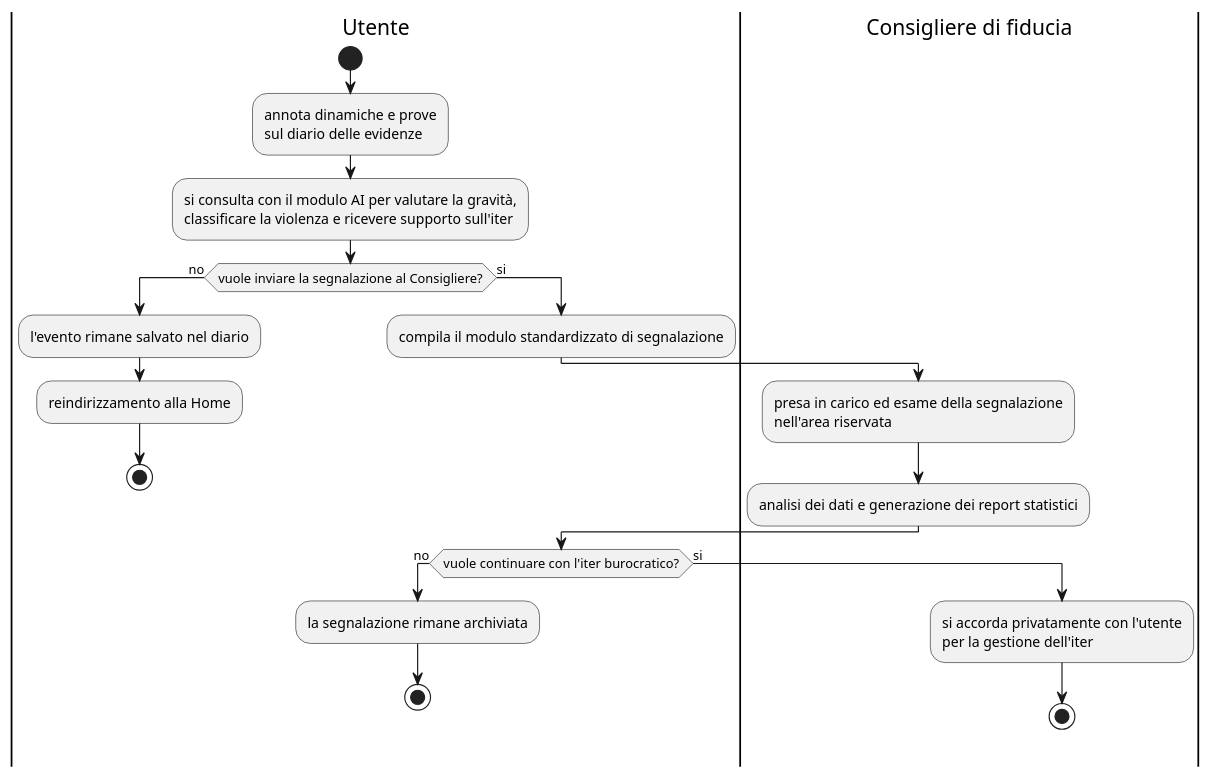
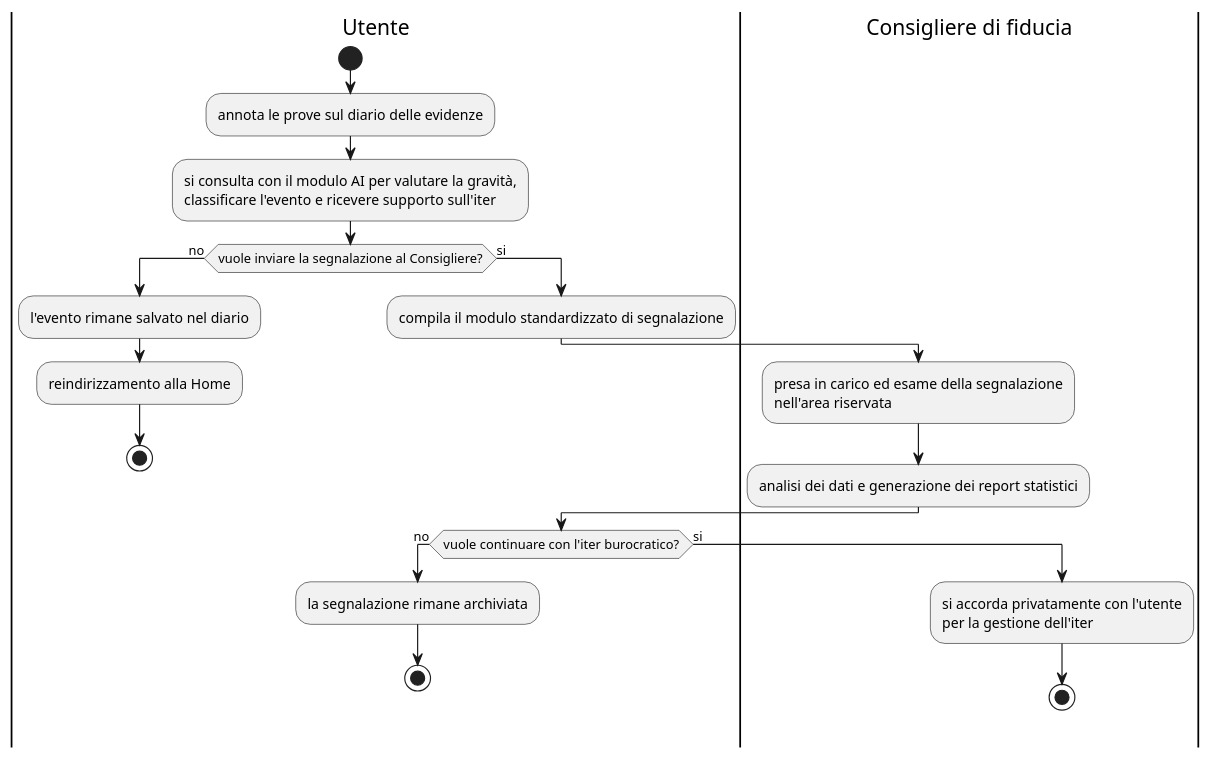
Before and after one commit to pharos-oss/pharos: the diagram in docs/models/activities/AD_02_Sistema_Proposto.puml, drawn with PlantUML. The commit also changed 15 other files, not shown here.

```diff
--- a/docs/models/activities/AD_02_Sistema_Proposto.puml
+++ b/docs/models/activities/AD_02_Sistema_Proposto.puml
@@ -1,25 +1,25 @@
 @startuml
 |Utente|
 start
-:annota dinamiche e prove\nsul diario delle evidenze;
-:si consulta con il modulo AI per valutare la gravità,\nclassificare la violenza e ricevere supporto sull'iter;
+:annota le prove sul diario delle evidenze;
+:si consulta con il modulo AI per valutare la gravità,\nclassificare l'evento e ricevere supporto sull'iter;
 if (vuole inviare la segnalazione al Consigliere?) then (no)
   :l'evento rimane salvato nel diario;
   :reindirizzamento alla Home;
   stop
 else (si)
   :compila il modulo standardizzato di segnalazione;
   |Consigliere di fiducia|
   :presa in carico ed esame della segnalazione\nnell'area riservata;
   :analisi dei dati e generazione dei report statistici;
   |Utente|
   if (vuole continuare con l'iter burocratico?) then (no)
     :la segnalazione rimane archiviata;
     stop
   else (si)
     |Consigliere di fiducia|
     :si accorda privatamente con l'utente\nper la gestione dell'iter;
     stop
   endif
 endif
 @enduml
```
